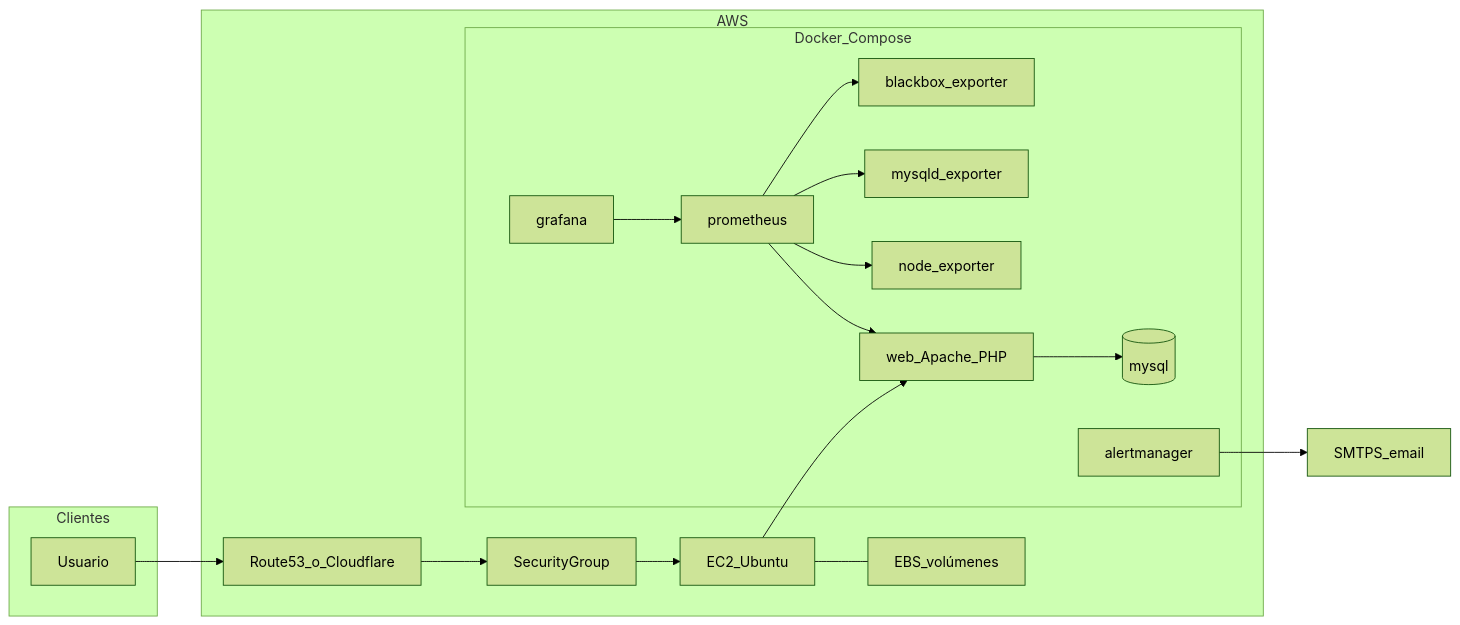
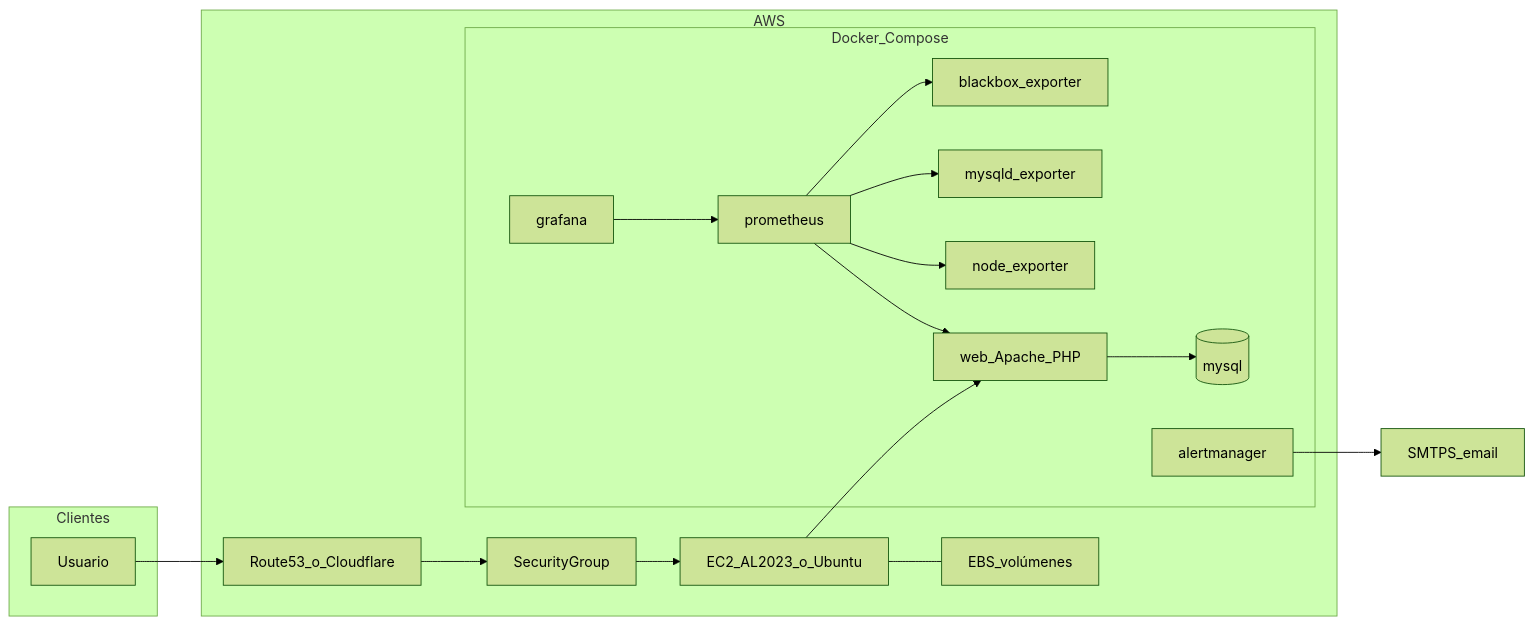
One commit to CoffeeType/taller_mecanico_asir changed the diagram in docs/AWS_DOCKER_DEPLOYMENT.md. Above: the diagram before and after it, drawn with Mermaid (forest theme). The commit also changed other lines of this file and 1 other file, not shown here.

````diff
--- a/docs/AWS_DOCKER_DEPLOYMENT.md
+++ b/docs/AWS_DOCKER_DEPLOYMENT.md
@@ -11,34 +11,34 @@
 ```mermaid
 flowchart LR
   subgraph clients [Clientes]
     User[Usuario]
   end
   subgraph aws [AWS]
     DNS[Route53_o_Cloudflare]
     SG[SecurityGroup]
-    EC2[EC2_Ubuntu]
+      EC2[EC2_AL2023_o_Ubuntu]
     subgraph docker [Docker_Compose]
       Web[web_Apache_PHP]
       MySQL[(mysql)]
       Prom[prometheus]
       Graf[grafana]
       AM[alertmanager]
       NE[node_exporter]
       ME[mysqld_exporter]
       BB[blackbox_exporter]
     end
     EBS[EBS_volúmenes]
   end
   User --> DNS
   DNS --> SG
   SG --> EC2
   EC2 --> Web
   Web --> MySQL
   Prom --> Web
   Prom --> NE
   Prom --> ME
   Prom --> BB
   Graf --> Prom
   AM --> SMTP[SMTPS_email]
   EC2 --- EBS
 ```
````
